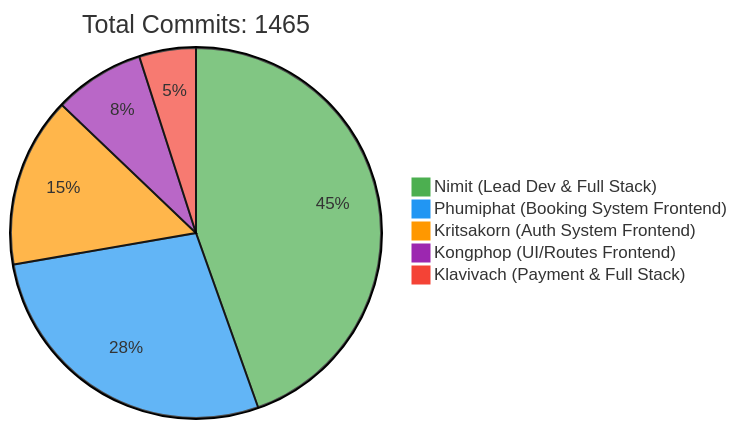
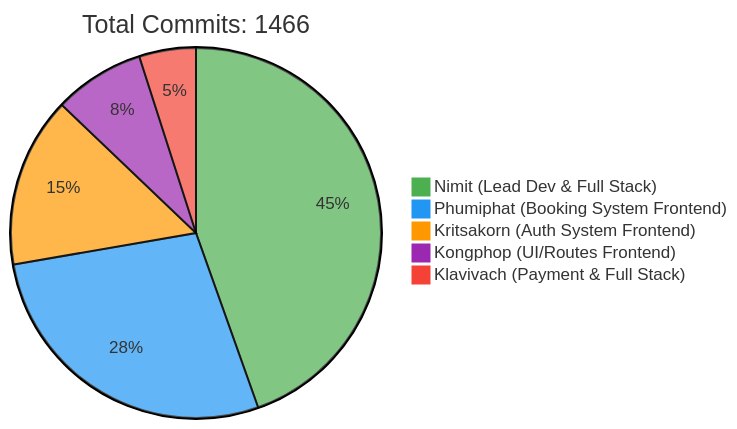
Before and after one commit to 6531503042/Sport-Complex: the first of 2 diagrams in README.md, drawn with Mermaid. The commit also changed other lines of this file, not shown here.

Commit message:
docs: Update contributor statistics [skip ci]

````diff
--- a/README.md
+++ b/README.md
@@ -257,10 +257,10 @@
 ```mermaid
 %%{init: {'theme': 'base', 'themeVariables': { 'pie1': '#4CAF50', 'pie2': '#2196F3', 'pie3': '#FF9800', 'pie4': '#9C27B0', 'pie5': '#F44336'}}}%%
 pie
-    title Total Commits: 1465
+    title Total Commits: 1466
     "Nimit (Lead Dev & Full Stack)" : 450
     "Phumiphat (Booking System Frontend)" : 280
     "Kritsakorn (Auth System Frontend)" : 150
     "Kongphop (UI/Routes Frontend)" : 80
     "Klavivach (Payment & Full Stack)" : 50
 ```
````
